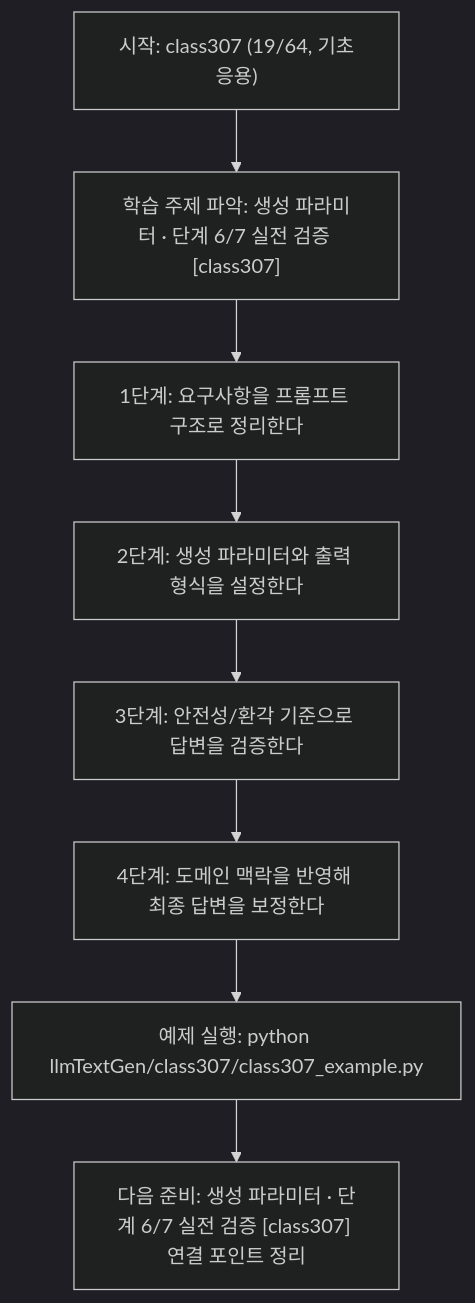
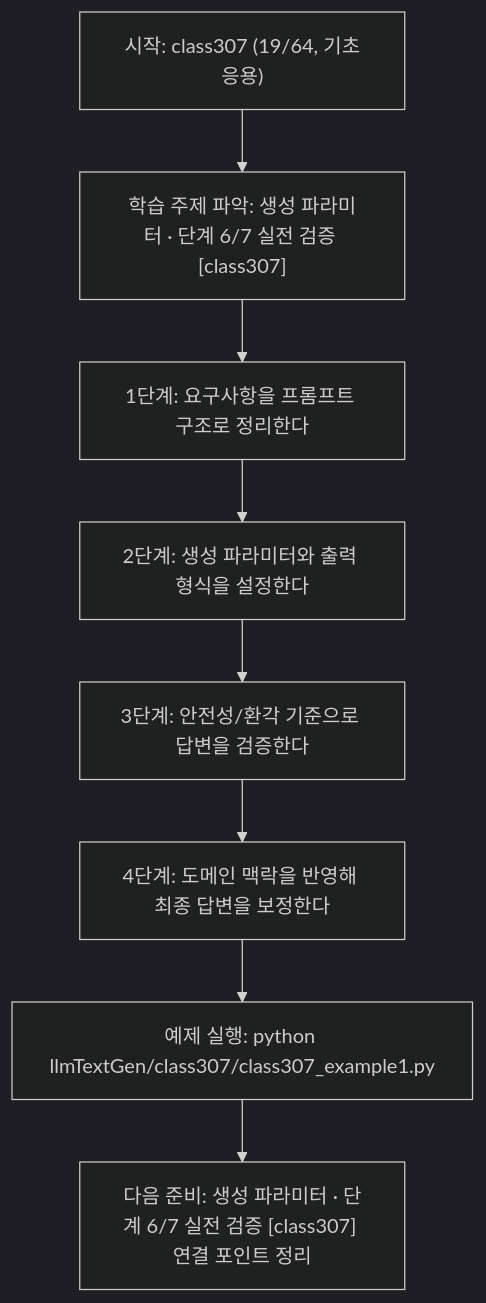
The diagram in llmTextGen/class307/class307.md (edumgt/Python-AI_Agent-Class), drawn with Mermaid (dark theme) before and after one commit. The commit also changed other lines of this file and 2959 other files, not shown here.

````diff
--- a/llmTextGen/class307/class307.md
+++ b/llmTextGen/class307/class307.md
@@ -113,18 +113,18 @@
 ```mermaid
 flowchart TD
 N1["시작: class307 (19/64, 기초응용)"]
 N2["학습 주제 파악: 생성 파라미터 · 단계 6/7 실전 검증 [class307]"]
 N3["1단계: 요구사항을 프롬프트 구조로 정리한다"]
 N4["2단계: 생성 파라미터와 출력 형식을 설정한다"]
 N5["3단계: 안전성/환각 기준으로 답변을 검증한다"]
 N6["4단계: 도메인 맥락을 반영해 최종 답변을 보정한다"]
-N7["예제 실행: python llmTextGen/class307/class307_example.py"]
+N7["예제 실행: python llmTextGen/class307/class307_example1.py"]
 N8["다음 준비: 생성 파라미터 · 단계 6/7 실전 검증 [class307] 연결 포인트 정리"]
 N1 --> N2
 N2 --> N3
 N3 --> N4
 N4 --> N5
 N5 --> N6
 N6 --> N7
 N7 --> N8
 ```
````
